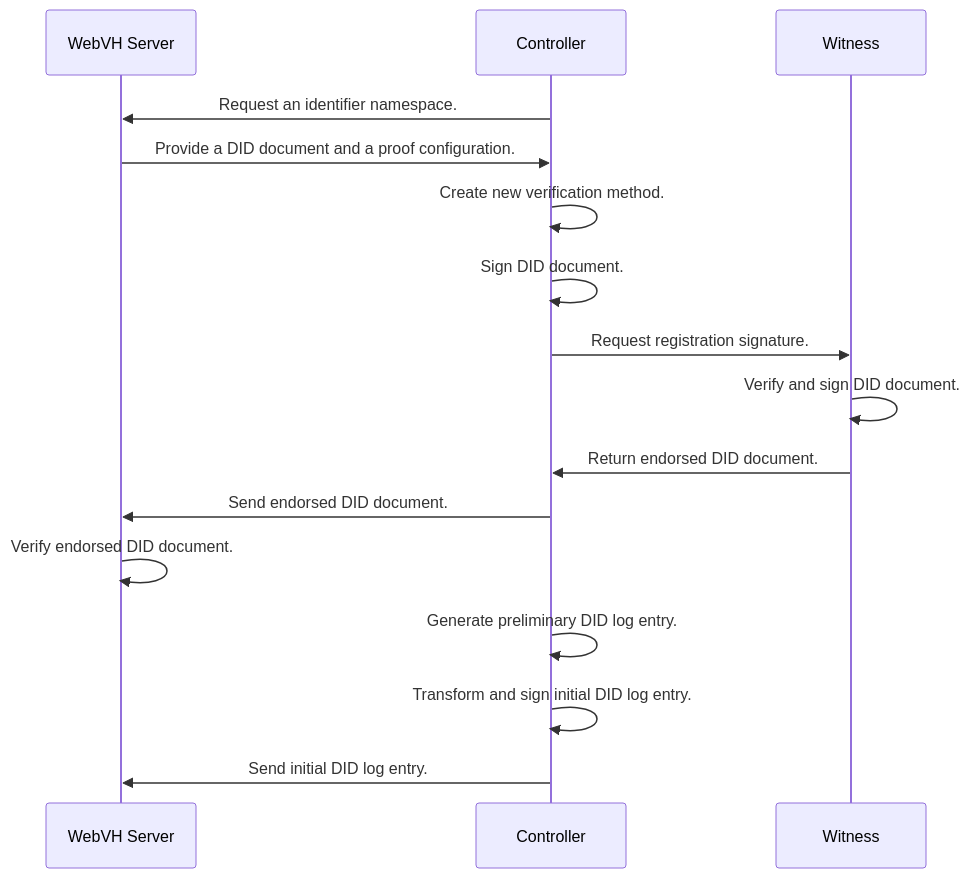
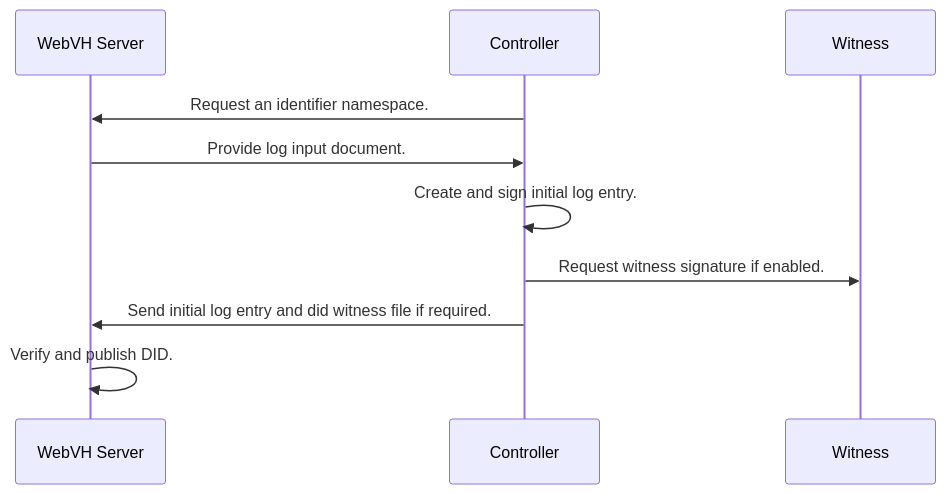
One commit to decentralized-identity/didwebvh-server-py changed the diagram in README.md. Above: the diagram before and after it, drawn with Mermaid. The commit also changed other lines of this file, not shown here.

Commit message:
add policy documentation

````diff
--- a/README.md
+++ b/README.md
@@ -28,18 +25,12 @@
 ```mermaid
 sequenceDiagram
     participant WebVH Server
     participant Controller
     participant Witness
     Controller->>WebVH Server: Request an identifier namespace.
-    WebVH Server->>Controller: Provide a DID document and a proof configuration.
-    Controller->>Controller: Create new verification method.
-    Controller->>Controller: Sign DID document.
-    Controller->>Witness: Request registration signature.
-    Witness->>Witness: Verify and sign DID document.
-    Witness->>Controller: Return endorsed DID document.
-    Controller->>WebVH Server: Send endorsed DID document.
-    WebVH Server->>WebVH Server: Verify endorsed DID document.
-    Controller->>Controller: Generate preliminary DID log entry.
-    Controller->>Controller: Transform and sign initial DID log entry.
-    Controller->>WebVH Server: Send initial DID log entry.
+    WebVH Server->>Controller: Provide log input document.
+    Controller->>Controller: Create and sign initial log entry.
+    Controller->>Witness: Request witness signature if enabled.
+    Controller->>WebVH Server: Send initial log entry and did witness file if required.
+    WebVH Server->>WebVH Server: Verify and publish DID.
 ```
````
